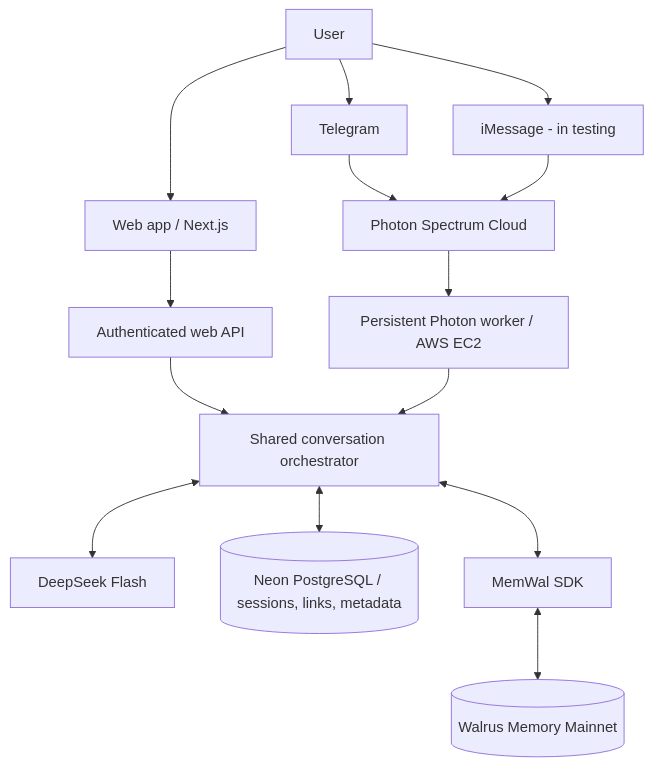
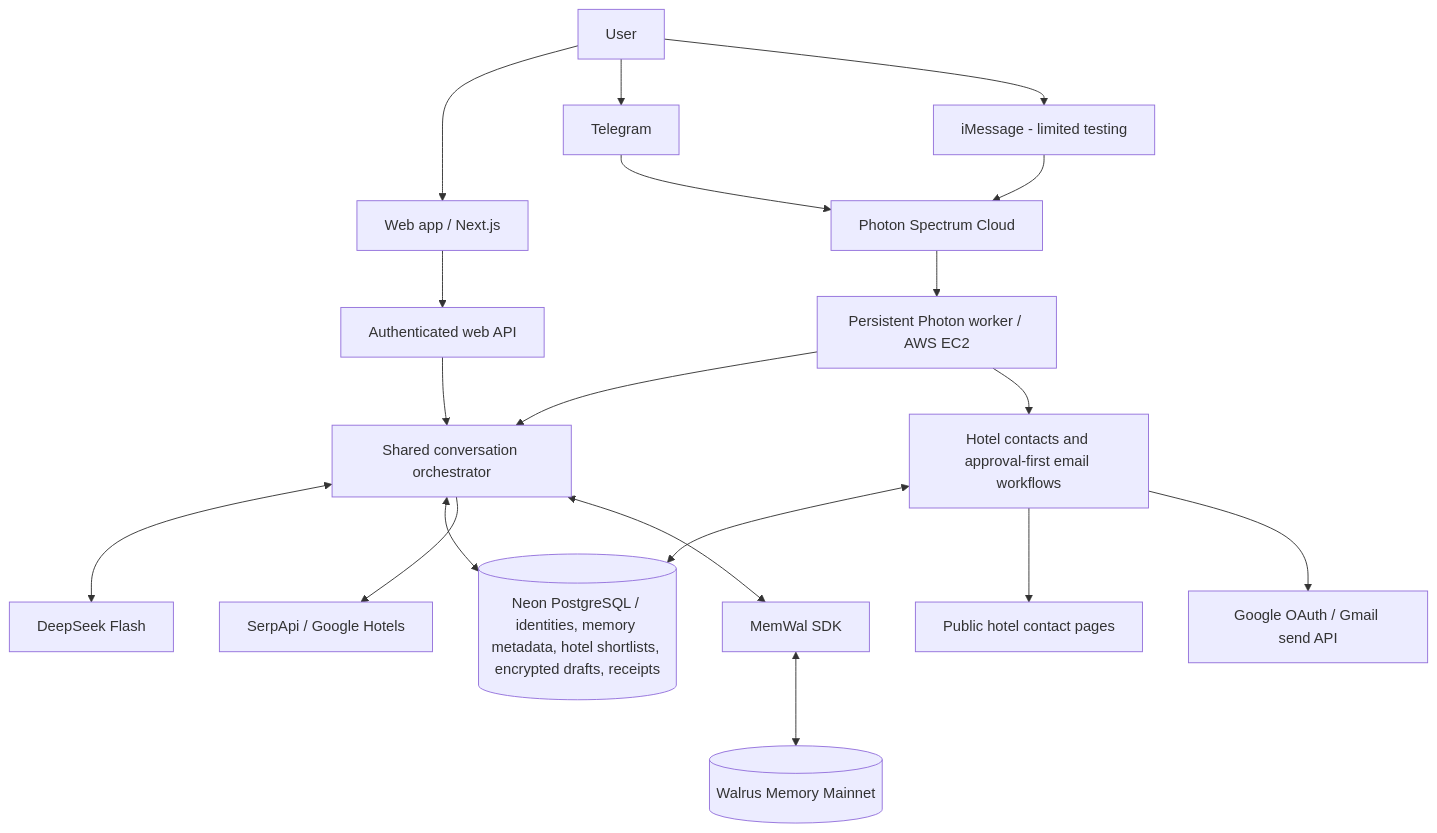
Before and after one commit to Devendurance/anghkooey: the diagram in README.md, drawn with Mermaid. The commit also changed other lines of this file, not shown here.

Commit message:
docs: update Anghkooey README with hotel discovery and approved Gmail workflows

````diff
--- a/README.md
+++ b/README.md
@@ -109,16 +143,21 @@
 ```mermaid
 flowchart TB
     U[User] --> W[Web app / Next.js]
     U --> TG[Telegram]
-    U --> IM[iMessage - in testing]
+    U --> IM[iMessage - limited testing]
     TG --> P[Photon Spectrum Cloud]
     IM --> P
     P --> WK[Persistent Photon worker / AWS EC2]
     W --> API[Authenticated web API]
     API --> CORE[Shared conversation orchestrator]
     WK --> CORE
     CORE <--> DS[DeepSeek Flash]
-    CORE <--> DB[(Neon PostgreSQL / sessions, links, metadata)]
+    CORE <--> DB[(Neon PostgreSQL / identities, memory metadata, hotel shortlists, encrypted drafts, receipts)]
+    CORE --> HOTELS[SerpApi / Google Hotels]
+    WK --> ACTIONS[Hotel contacts and approval-first email workflows]
+    ACTIONS <--> DB
+    ACTIONS --> CONTACTS[Public hotel contact pages]
+    ACTIONS --> GMAIL[Google OAuth / Gmail send API]
     CORE <--> MW[MemWal SDK]
     MW <--> WAL[(Walrus Memory Mainnet)]
 ```
````
